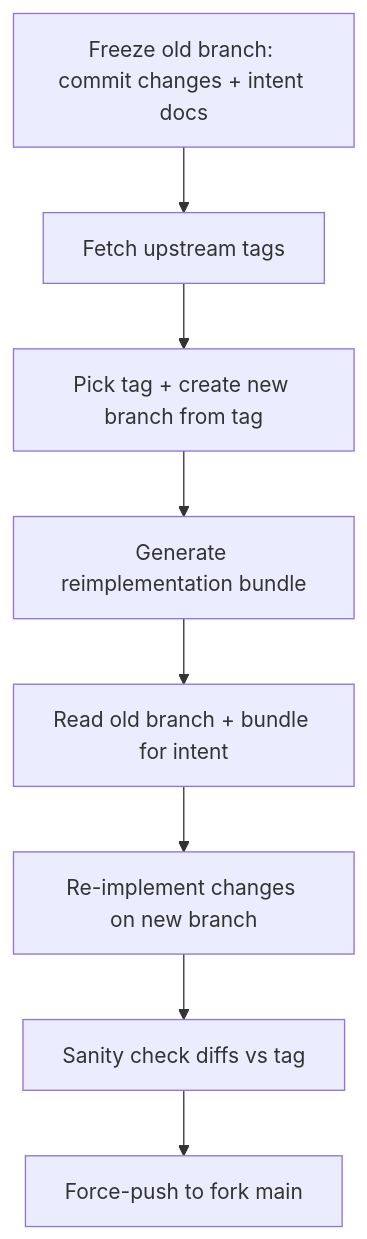
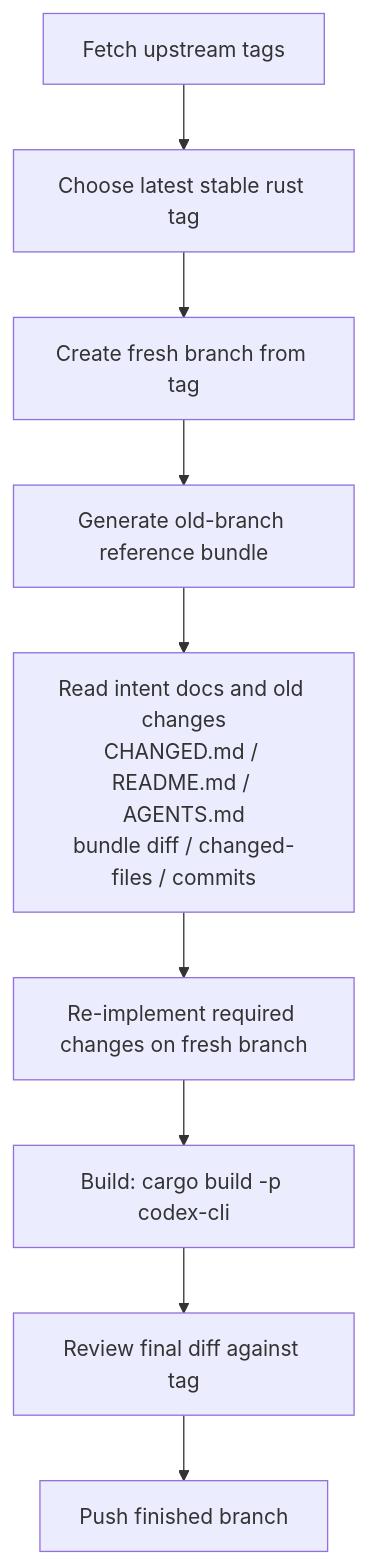
One commit to Loongphy/codext changed the diagram in README.md. Above: the diagram before and after it, drawn with Mermaid. The commit also changed other lines of this file, not shown here.

````diff
--- a/README.md
+++ b/README.md
@@ -91,10 +99,11 @@
 ```mermaid
 flowchart TD
-    A[Freeze old branch: commit changes + intent docs] --> B[Fetch upstream tags]
-    B --> C[Pick tag + create new branch from tag]
-    C --> D[Generate reimplementation bundle]
-    D --> E[Read old branch + bundle for intent]
-    E --> F[Re-implement changes on new branch]
-    F --> G[Sanity check diffs vs tag]
-    G --> H[Force-push to fork main]
+      A[Fetch upstream tags] --> B[Choose latest stable rust tag]
+      B --> C[Create fresh branch from tag]
+      C --> D[Generate old-branch reference bundle]
+      D --> E[Read intent docs and old changes<br/>CHANGED.md / README.md / AGENTS.md<br/>bundle diff / changed-files / commits]
+      E --> F[Re-implement required changes on fresh branch]
+      F --> G[Build: cargo build -p codex-cli]
+      G --> H[Review final diff against tag]
+      H --> I[Push finished branch]
 ```
````
